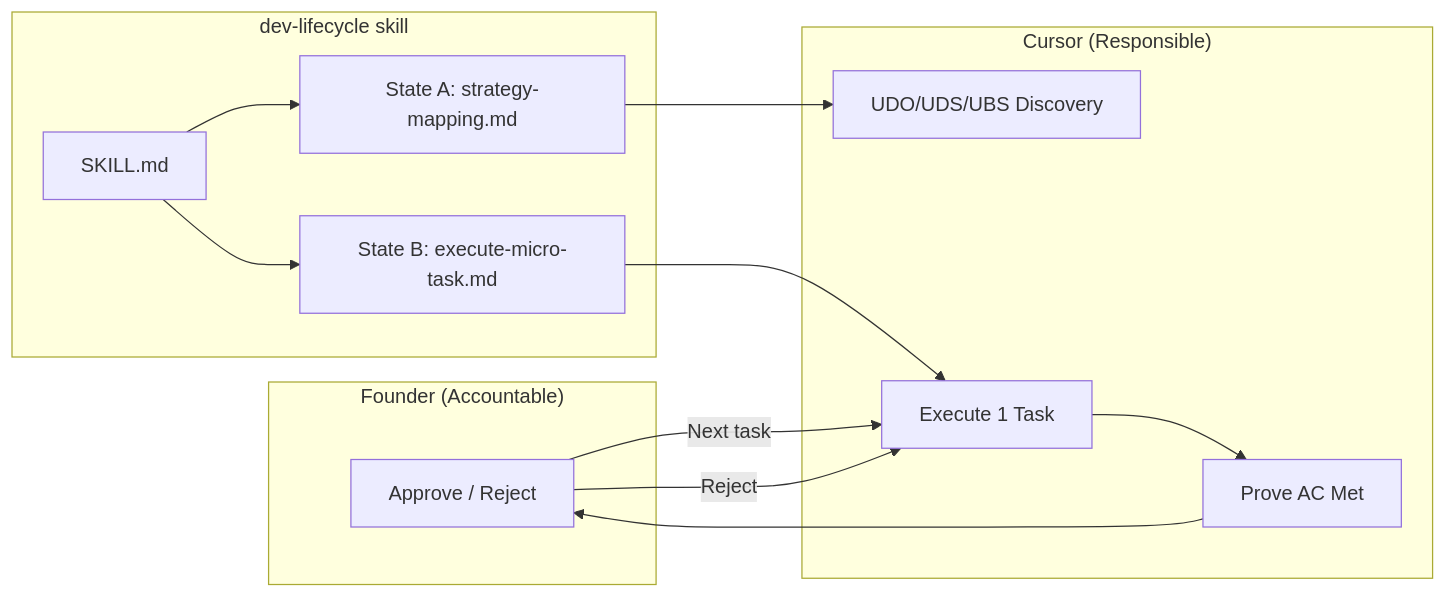
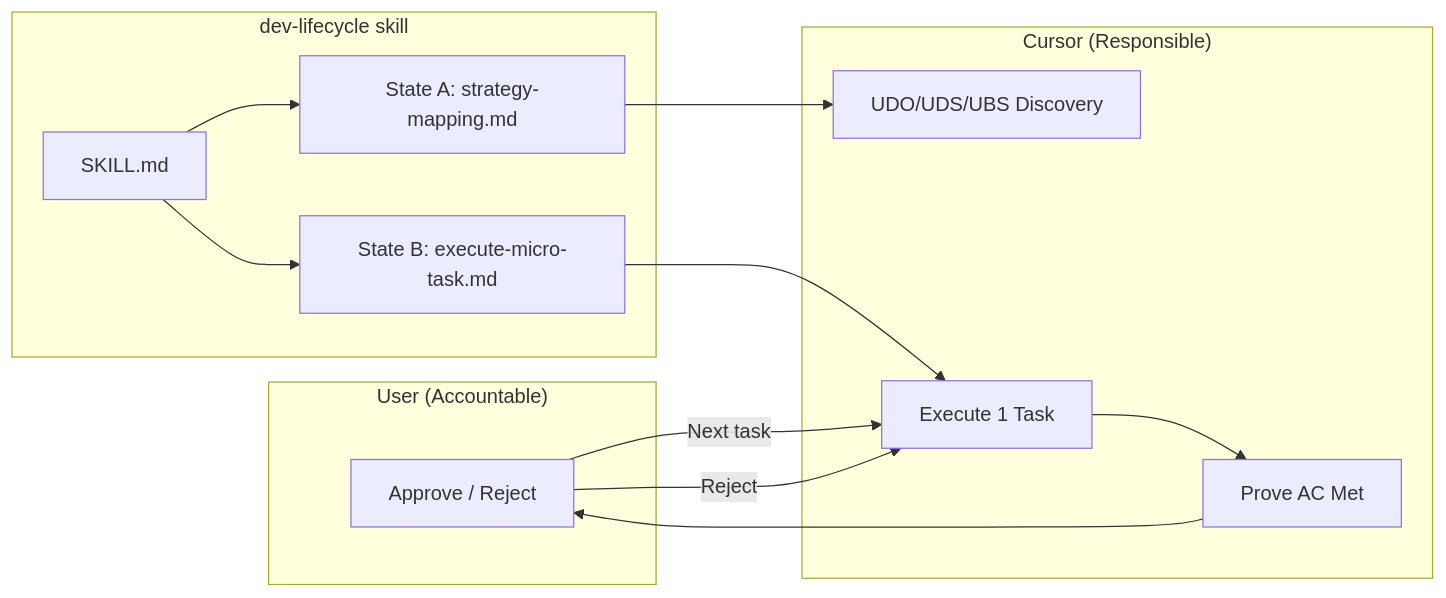
The diagram in docs/ai/archive/design/feature-effective-execution-engine.md (chrislongnguyen/my-ai-devkit-templates), drawn with Mermaid before and after one commit. The commit also changed other lines of this file and 28 other files, not shown here.

First line of the commit message:
feat(template): v1.3.0 — Orchestrator Roadmap, beginner UX, context preservation, and governance upgrades

````diff
--- a/docs/ai/archive/design/feature-effective-execution-engine.md
+++ b/docs/ai/archive/design/feature-effective-execution-engine.md
@@ -27,22 +27,22 @@
 ```mermaid
 flowchart LR
-    subgraph Founder["Founder (Accountable)"]
+    subgraph User["User (Accountable)"]
         Approve[Approve / Reject]
     end
     subgraph Skill["dev-lifecycle skill"]
         SKILL[SKILL.md]
         A[State A: strategy-mapping.md]
         B[State B: execute-micro-task.md]
     end
     subgraph Agent["Cursor (Responsible)"]
         Discover[UDO/UDS/UBS Discovery]
         Execute[Execute 1 Task]
         Prove[Prove AC Met]
     end
     SKILL --> A
     SKILL --> B
     A --> Discover
     B --> Execute --> Prove --> Approve
     Approve -->|Next task| Execute
     Approve -->|Reject| Execute
 ```
````
